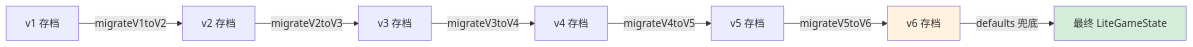
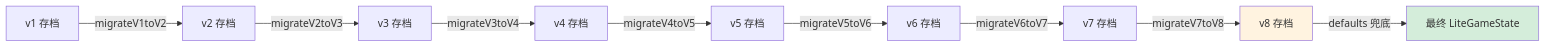
One commit to bennygray/7game changed the diagram in docs/design/arch/schema.md. Above: the diagram before and after it, drawn with Mermaid. The commit also changed other lines of this file and 75 other files, not shown here.

````diff
--- a/docs/design/arch/schema.md
+++ b/docs/design/arch/schema.md
@@ -24,11 +26,13 @@
 ```mermaid
 graph LR
     V1["v1 存档"] -->|migrateV1toV2| V2["v2 存档"]
     V2 -->|migrateV2toV3| V3["v3 存档"]
     V3 -->|migrateV3toV4| V4["v4 存档"]
     V4 -->|migrateV4toV5| V5["v5 存档"]
     V5 -->|migrateV5toV6| V6["v6 存档"]
-    V6 -->|defaults 兜底| FINAL["最终 LiteGameState"]
+    V6 -->|migrateV6toV7| V7["v7 存档"]
+    V7 -->|migrateV7toV8| V8["v8 存档"]
+    V8 -->|defaults 兜底| FINAL["最终 LiteGameState"]
     style FINAL fill:#d4edda
-    style V6 fill:#fff3e0
+    style V8 fill:#fff3e0
 ```
````
